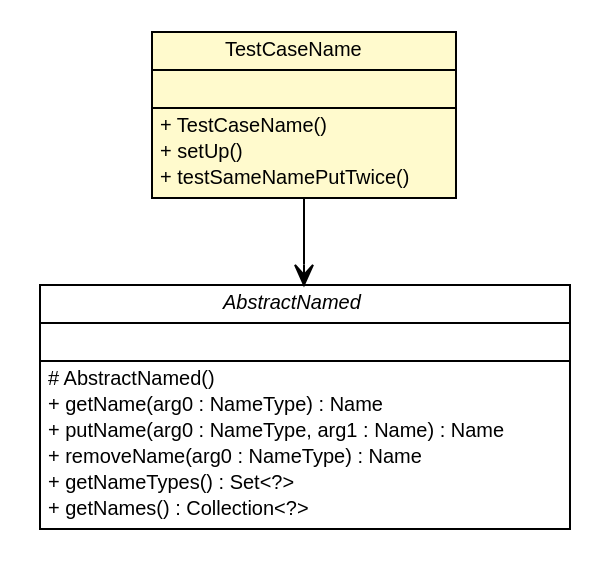
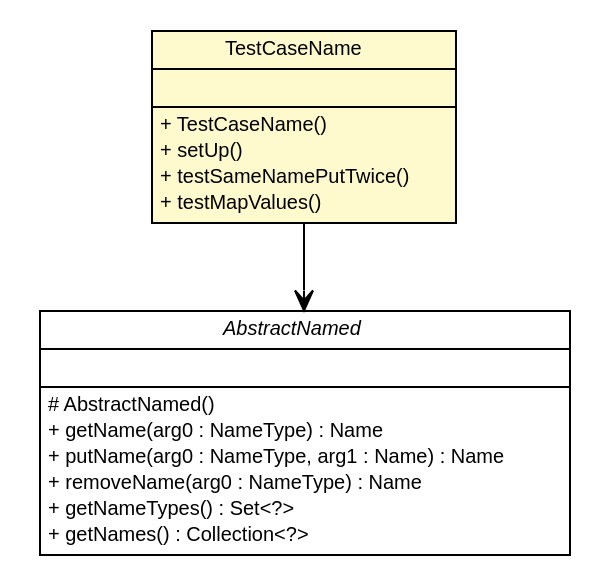
One commit to ljnelson/nomen changed the diagram in testapidocs/com/edugility/nomen/TestCaseName.dot. Above: the diagram before and after it, drawn with Graphviz. The commit also changed 85 other files, not shown here.

```diff
--- a/testapidocs/com/edugility/nomen/TestCaseName.dot
+++ b/testapidocs/com/edugility/nomen/TestCaseName.dot
@@ -1,45 +1,46 @@
 #!/usr/local/bin/dot
 #
 # Class diagram 
 # Generated by UMLGraph version R5_6-24-gf6e263 (http://www.umlgraph.org/)
 #
 
 digraph G {
 	edge [fontname="Helvetica",fontsize=10,labelfontname="Helvetica",labelfontsize=10];
 	node [fontname="Helvetica",fontsize=10,shape=plaintext];
 	nodesep=0.25;
 	ranksep=0.5;
 	// com.edugility.nomen.TestCaseName
 	c13 [label=<<table title="com.edugility.nomen.TestCaseName" border="0" cellborder="1" cellspacing="0" cellpadding="2" port="p" bgcolor="lemonChiffon" href="./TestCaseName.html">
 		<tr><td><table border="0" cellspacing="0" cellpadding="1">
 <tr><td align="center" balign="center"> TestCaseName </td></tr>
 		</table></td></tr>
 		<tr><td><table border="0" cellspacing="0" cellpadding="1">
 <tr><td align="left" balign="left">  </td></tr>
 		</table></td></tr>
 		<tr><td><table border="0" cellspacing="0" cellpadding="1">
 <tr><td align="left" balign="left"> + TestCaseName() </td></tr>
 <tr><td align="left" balign="left"> + setUp() </td></tr>
 <tr><td align="left" balign="left"> + testSameNamePutTwice() </td></tr>
+<tr><td align="left" balign="left"> + testMapValues() </td></tr>
 		</table></td></tr>
 		</table>>, URL="./TestCaseName.html", fontname="Helvetica", fontcolor="black", fontsize=10.0];
 	// com.edugility.nomen.TestCaseName NAVASSOC com.edugility.nomen.AbstractNamed
 	c13:p -> c17:p [taillabel="", label="", headlabel="", fontname="Helvetica", fontcolor="black", fontsize=10.0, color="black", arrowhead=open];
 	// com.edugility.nomen.AbstractNamed
 	c17 [label=<<table title="com.edugility.nomen.AbstractNamed" border="0" cellborder="1" cellspacing="0" cellpadding="2" port="p">
 		<tr><td><table border="0" cellspacing="0" cellpadding="1">
 <tr><td align="center" balign="center"><font face="Helvetica-Oblique"> AbstractNamed </font></td></tr>
 		</table></td></tr>
 		<tr><td><table border="0" cellspacing="0" cellpadding="1">
 <tr><td align="left" balign="left">  </td></tr>
 		</table></td></tr>
 		<tr><td><table border="0" cellspacing="0" cellpadding="1">
 <tr><td align="left" balign="left"> # AbstractNamed() </td></tr>
 <tr><td align="left" balign="left"> + getName(arg0 : NameType) : Name </td></tr>
 <tr><td align="left" balign="left"> + putName(arg0 : NameType, arg1 : Name) : Name </td></tr>
 <tr><td align="left" balign="left"> + removeName(arg0 : NameType) : Name </td></tr>
 <tr><td align="left" balign="left"> + getNameTypes() : Set&lt;?&gt; </td></tr>
 <tr><td align="left" balign="left"> + getNames() : Collection&lt;?&gt; </td></tr>
 		</table></td></tr>
 		</table>>, URL="null", fontname="Helvetica", fontcolor="black", fontsize=10.0];
 }
```
